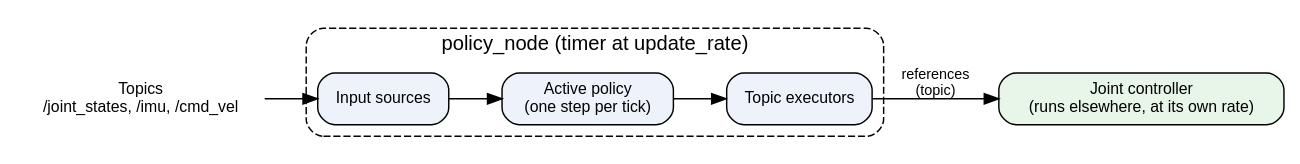
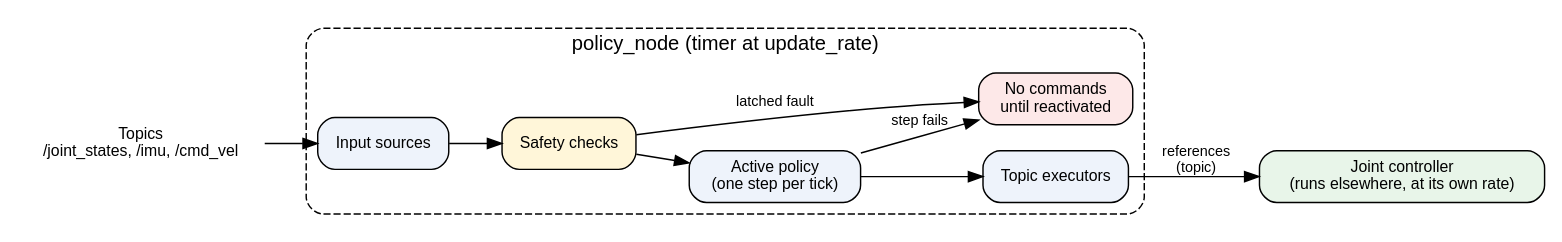
One commit to saikishor/ros2_policy_framework changed the first of 3 diagrams in docs/hosts.rst. Above: the diagram before and after it, drawn with Graphviz. The commit also changed other lines of this file and 6 other files, not shown here.

Commit message:
Document the safety parameters, the fault reactions of the node and what the controller lacks

```diff
--- a/docs/hosts.rst
+++ b/docs/hosts.rst
@@ -13,18 +13,22 @@
 .. graphviz::
 
    digraph node_host {
      rankdir=LR;
      node [shape=box, style="rounded,filled", fillcolor="#eef3fb", fontname="Helvetica", fontsize=11];
      edge [fontname="Helvetica", fontsize=10];
      topics [label="Topics\n/joint_states, /imu, /cmd_vel", shape=plaintext, fillcolor=none];
      subgraph cluster_node {
        label="policy_node (timer at update_rate)"; style="rounded,dashed"; fontname="Helvetica";
        sources [label="Input sources"];
+       safety [label="Safety checks", fillcolor="#fff6d9"];
        policy [label="Active policy\n(one step per tick)"];
        execs [label="Topic executors"];
-       sources -> policy -> execs;
+       stop [label="No commands\nuntil reactivated", fillcolor="#fde8e8"];
+       sources -> safety -> policy -> execs;
+       safety -> stop [label="latched fault"];
+       policy -> stop [label="step fails"];
      }
      joint_ctrl [label="Joint controller\n(runs elsewhere, at its own rate)", fillcolor="#e8f5e9"];
      topics -> sources;
      execs -> joint_ctrl [label="references\n(topic)"];
    }
```
